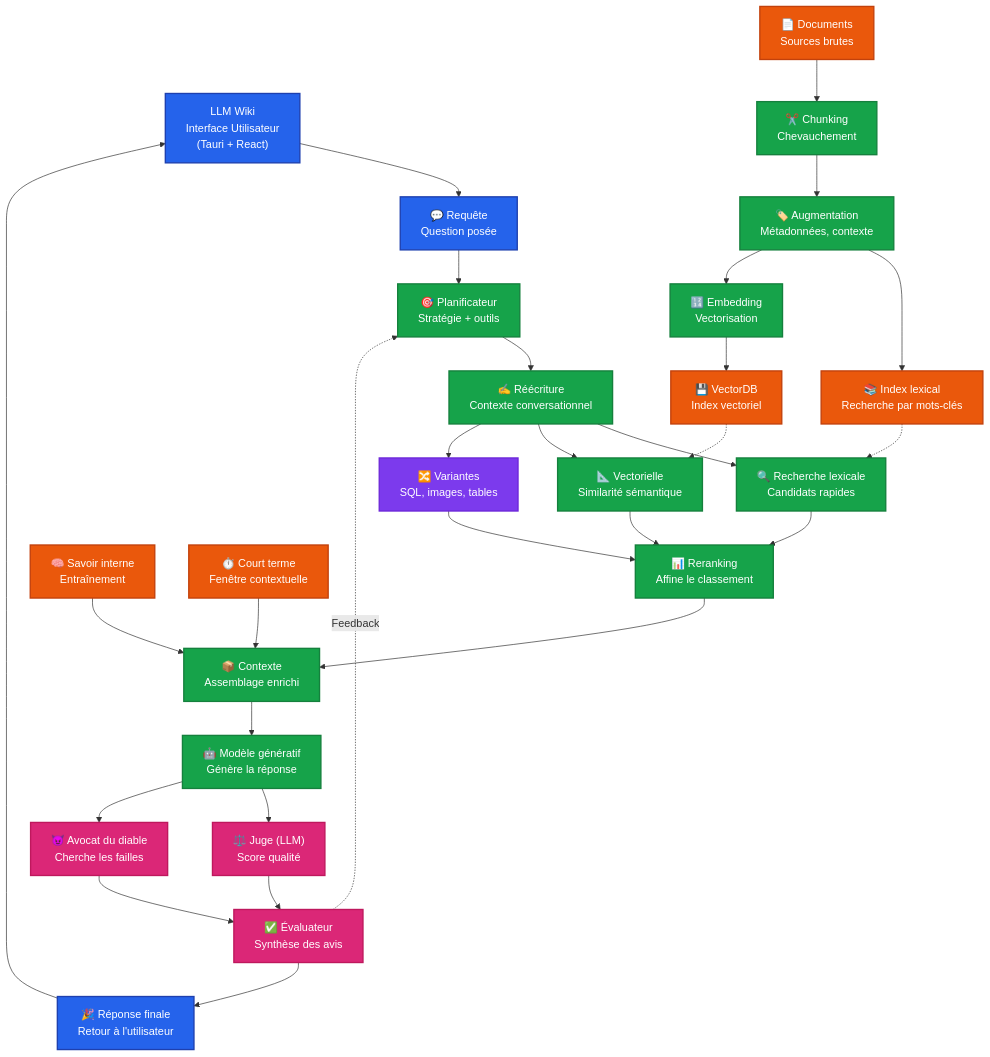
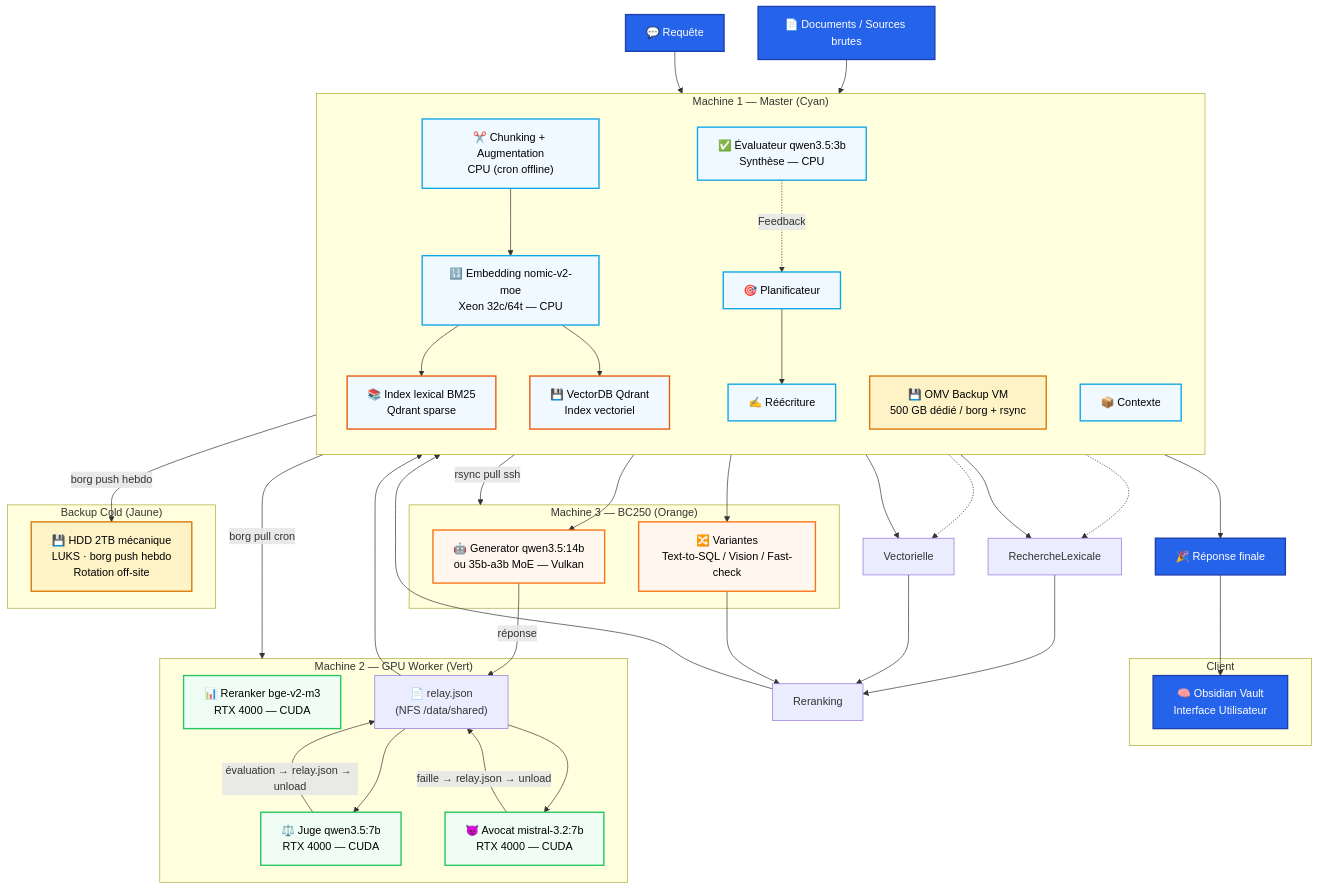
Before and after one commit to chelmooz/rag-multi-agent-cluster: the first of 2 diagrams in README.md, drawn with Mermaid. The commit also changed other lines of this file, not shown here.

Commit message:
docs: update mermaid diagrams in README with corrected 3-machine mapping

````diff
--- a/README.md
+++ b/README.md
@@ -51,90 +51,92 @@
     %% ==========================================
     %% LEGENDE ET COULEURS
     %% ==========================================
-    %% Frontend: #2563eb (Bleu)
-    %% Backend: #16a34a (Vert)
-    %% Database: #ea580c (Orange)
-    %% Multi-agent: #db2777 (Rose)
-    %% API: #7c3aed (Violet)
-    %% Cluster Machine 1: #0ea5e9 (Cyan)
-    %% Cluster Machine 2: #22c55e (Green)
-    %% Cluster Machine 3: #f97316 (Orange)
+    %% Frontend: #2563eb (Bleu) · Backend: #16a34a (Vert)
+    %% Database: #ea580c (Orange) · Multi-agent: #db2777 (Rose)
+    %% API: #7c3aed (Violet) · Backup: #d97706 (Jaune)
+    %% Machine 1 (Master): #0ea5e9 (Cyan) · Machine 2 (GPU): #22c55e (Vert)
+    %% Machine 3 (BC250): #f97316 (Orange)
 
-    LLMWiki["LLM Wiki<br/>Interface Utilisateur<br/>(Tauri + React)"]
-    class LLMWiki frontend
+    subgraph Client
+        Obsidian["🧠 Obsidian Vault<br/>Interface Utilisateur"]
+    end
+    class Obsidian frontend
 
-    Documents["📄 Documents<br/>Sources brutes"]
-    Chunking["✂️ Chunking<br/>Chevauchement"]
-    Augmentation["🏷️ Augmentation<br/>Métadonnées, contexte"]
+    subgraph M1["Machine 1 — Master (Cyan)"]
+        direction TB
+        Chunking["✂️ Chunking + Augmentation<br/>CPU (cron offline)"]
+        EmbeddingM1["🔢 Embedding nomic-v2-moe<br/>Xeon 32c/64t — CPU"]
+        IndexLexical["📚 Index lexical BM25<br/>Qdrant sparse"]
+        VectorDB["💾 VectorDB Qdrant<br/>Index vectoriel"]
+        EvaluateurM1["✅ Évaluateur qwen3.5:3b<br/>Synthèse — CPU"]
+        OMV["💾 OMV Backup VM<br/>500 GB dédié / borg + rsync"]
+        Planificateur["🎯 Planificateur"]
+        Reecriture["✍️ Réécriture"]
+        Contexte["📦 Contexte"]
+    end
+    class Chunking,EmbeddingM1,EvaluateurM1,Planificateur,Reecriture,Contexte m1
+    class IndexLexical,VectorDB m1db
+    class OMV backup
 
-    IndexLexical["📚 Index lexical<br/>Recherche par mots-clés"]
-    Embedding["🔢 Embedding<br/>Vectorisation"]
-    VectorDB["💾 VectorDB<br/>Index vectoriel"]
+    subgraph M2["Machine 2 — GPU Worker (Vert)"]
+        Reranker["📊 Reranker bge-v2-m3<br/>RTX 4000 — CUDA"]
+        JugeLLM["⚖️ Juge qwen3.5:7b<br/>RTX 4000 — CUDA"]
+        AvocatDiable["😈 Avocat mistral-3.2:7b<br/>RTX 4000 — CUDA"]
+        Relay["📄 relay.json<br/>(NFS /data/shared)"]
+    end
+    class Reranker,JugeLLM,AvocatDiable m2
 
-    class Documents,IndexLexical,VectorDB database
-    class Chunking,Augmentation,Embedding backend
+    subgraph M3["Machine 3 — BC250 (Orange)"]
+        ModeleGeneratif["🤖 Generator qwen3.5:14b<br/>ou 35b-a3b MoE — Vulkan"]
+        Variantes["🔀 Variantes<br/>Text-to-SQL / Vision / Fast-check"]
+    end
+    class ModeleGeneratif,Variantes m3
 
-    Requete["💬 Requête<br/>Question posée"]
-    Planificateur["🎯 Planificateur<br/>Stratégie + outils"]
-    Reecriture["✍️ Réécriture<br/>Contexte conversationnel"]
+    subgraph Backup["Backup Cold (Jaune)"]
+        HDD["💾 HDD 2TB mécanique<br/>LUKS · borg push hebdo<br/>Rotation off-site"]
+    end
+    class HDD backup
 
-    RechercheLexicale["🔍 Recherche lexicale<br/>Candidats rapides"]
-    Vectorielle["📐 Vectorielle<br/>Similarité sémantique"]
-    Variantes["🔀 Variantes<br/>SQL, images, tables"]
+    Documents["📄 Documents / Sources brutes"]
+    Requete["💬 Requête"]
+    ReponseFinale["🎉 Réponse finale"]
+    class Documents,Requete,ReponseFinale frontend
 
-    class Requete frontend
-    class Planificateur,Reecriture,RechercheLexicale,Vectorielle backend
-    class Variantes api
-
-    Reranking["📊 Reranking<br/>Affine le classement"]
-
-    SavoirInterne["🧠 Savoir interne<br/>Entraînement"]
-    Contexte["📦 Contexte<br/>Assemblage enrichi"]
-    CourtTerme["⏱️ Court terme<br/>Fenêtre contextuelle"]
-
-    class Reranking,Contexte backend
-    class SavoirInterne,CourtTerme database
-
-    ModeleGeneratif["🤖 Modèle génératif<br/>Génère la réponse"]
-
-    JugeLLM["⚖️ Juge (LLM)<br/>Score qualité"]
-    AvocatDiable["😈 Avocat du diable<br/>Cherche les failles"]
-    Evaluateur["✅ Évaluateur<br/>Synthèse des avis"]
-
-    class ModeleGeneratif backend
-    class JugeLLM,AvocatDiable,Evaluateur multiagent
-
-    ReponseFinale["🎉 Réponse finale<br/>Retour à l'utilisateur"]
-    class ReponseFinale frontend
-
-    LLMWiki --> Requete
-    Documents --> Chunking --> Augmentation
-    Augmentation --> IndexLexical & Embedding
-    Embedding --> VectorDB
-
-    Requete --> Planificateur --> Reecriture
-    Reecriture --> RechercheLexicale & Vectorielle & Variantes
-
+    %% Flux ingestion
+    Documents --> Chunking --> EmbeddingM1
+    EmbeddingM1 --> IndexLexical & VectorDB
     IndexLexical -.-> RechercheLexicale
     VectorDB -.-> Vectorielle
 
+    %% Flux requête
+    Requete --> Planificateur --> Reecriture
+    Reecriture --> RechercheLexicale & Vectorielle & Variantes
     RechercheLexicale & Vectorielle & Variantes --> Reranking
     Reranking --> Contexte
-
-    SavoirInterne --> Contexte
-    CourtTerme --> Contexte
     Contexte --> ModeleGeneratif
 
-    ModeleGeneratif --> JugeLLM & AvocatDiable
-    JugeLLM & AvocatDiable --> Evaluateur
+    %% Flux séquentiel Juge → Avocat (pas parallèle)
+    ModeleGeneratif -- "réponse" --> Relay
+    Relay --> JugeLLM
+    JugeLLM -- "évaluation → relay.json → unload" --> Relay
+    Relay --> AvocatDiable
+    AvocatDiable -- "faille → relay.json → unload" --> Relay
+    Relay --> EvaluateurM1
 
-    Evaluateur --> ReponseFinale
-    ReponseFinale --> LLMWiki
-    Evaluateur -.->|Feedback| Planificateur
+    %% Flux retour
+    EvaluateurM1 --> ReponseFinale
+    ReponseFinale --> Obsidian
+    EvaluateurM1 -.->|Feedback| Planificateur
+
+    %% Backup
+    OMV -- "borg pull cron" --> M2
+    OMV -- "rsync pull ssh" --> M3
+    OMV -- "borg push hebdo" --> HDD
 
     classDef frontend fill:#2563eb,stroke:#1e40af,stroke-width:2px,color:#ffffff;
-    classDef backend fill:#16a34a,stroke:#15803d,stroke-width:2px,color:#ffffff;
-    classDef database fill:#ea580c,stroke:#c2410c,stroke-width:2px,color:#ffffff;
-    classDef multiagent fill:#db2777,stroke:#be185d,stroke-width:2px,color:#ffffff;
-    classDef api fill:#7c3aed,stroke:#6d28d9,stroke-width:2px,color:#ffffff;
+    classDef m1 fill:#f0f9ff,stroke:#0ea5e9,stroke-width:2px,color:#000000;
+    classDef m1db fill:#f0f9ff,stroke:#ea580c,stroke-width:2px,color:#000000;
+    classDef m2 fill:#f0fdf4,stroke:#22c55e,stroke-width:2px,color:#000000;
+    classDef m3 fill:#fff7ed,stroke:#f97316,stroke-width:2px,color:#000000;
+    classDef backup fill:#fef3c7,stroke:#d97706,stroke-width:2px,color:#000000;
 ```
````
